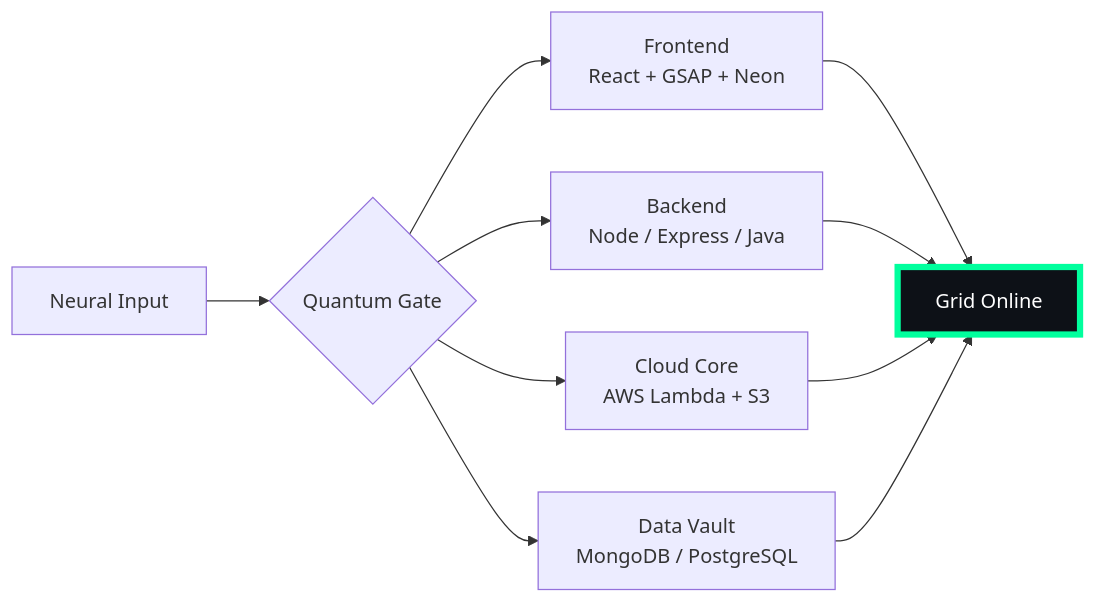
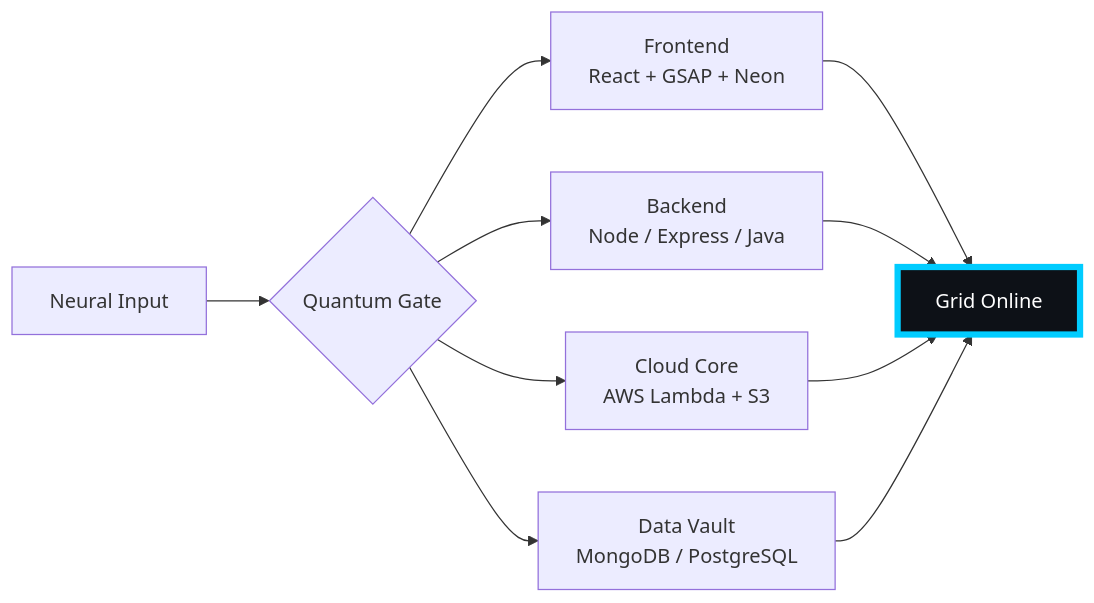
Before and after one commit to pendemvamsi/pendemvamsi: the diagram in README.md, drawn with Mermaid. The commit also changed other lines of this file and 1 other file, not shown here.

````diff
--- a/README.md
+++ b/README.md
@@ -32,10 +32,10 @@
 ```mermaid
 flowchart LR
     U[Neural Input] --> G{Quantum Gate}
     G --> F[Frontend<br>React + GSAP + Neon]
     G --> B[Backend<br>Node / Express / Java]
     G --> C[Cloud Core<br>AWS Lambda + S3]
     G --> D[Data Vault<br>MongoDB / PostgreSQL]
     F & B & C & D --> O[Grid Online]
-    style O fill:#0d1117,stroke:#00FF9D,stroke-width:5px,color:#fff
+    style O fill:#0d1117,stroke:#00CCFF,stroke-width:5px,color:#fff
 ```
````
